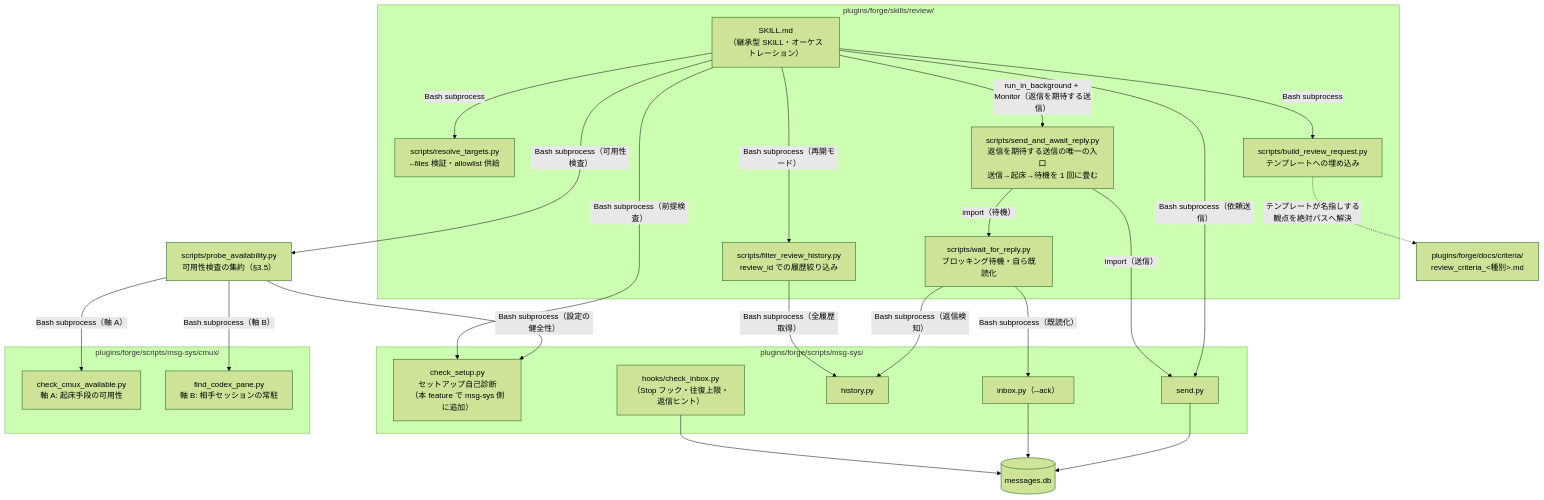
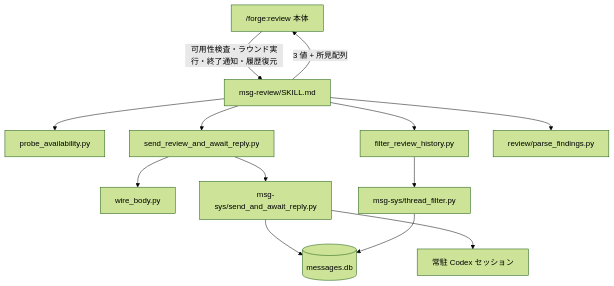
The first of 2 diagrams in docs/specs/msg-review/design/DES-045_msg_review_skill_design.md (BlueEventHorizon/bw-cc-plugins), drawn with Mermaid (forest theme) before and after one commit. The commit also changed other lines of this file and 46 other files, not shown here.

Commit message:
feat(forge): add dependency-free agent review backend

````diff
--- a/docs/specs/msg-review/design/DES-045_msg_review_skill_design.md
+++ b/docs/specs/msg-review/design/DES-045_msg_review_skill_design.md
@@ -26,45 +26,27 @@
 ```mermaid
 flowchart TB
-    subgraph SkillDir["plugins/forge/skills/review/"]
-        Skill["SKILL.md<br/>（継承型 SKILL・オーケストレーション）"]
-        Targets["scripts/resolve_targets.py<br/>--files 検証・allowlist 供給"]
-        Builder["scripts/build_review_request.py<br/>テンプレートへの埋め込み"]
-        Filter["scripts/filter_review_history.py<br/>review_id での履歴絞り込み"]
-        Waiter["scripts/wait_for_reply.py<br/>ブロッキング待機・自ら既読化"]
-        Composite["scripts/send_and_await_reply.py<br/>返信を期待する送信の唯一の入口<br/>送信→起床→待機を 1 回に畳む"]
-    end
-    subgraph MsgSys["plugins/forge/scripts/msg-sys/"]
-        Prereq["check_setup.py<br/>セットアップ自己診断<br/>（本 feature で msg-sys 側に追加）"]
-        Send["send.py"]
-        History["history.py"]
-        Inbox["inbox.py（--ack）"]
-        Hook["hooks/check_inbox.py<br/>（Stop フック・往復上限・返信ヒント）"]
-    end
-    subgraph Cmux["plugins/forge/scripts/msg-sys/cmux/"]
-        WakeAvail["check_cmux_available.py<br/>軸 A: 起床手段の可用性"]
-        FindPane["find_codex_pane.py<br/>軸 B: 相手セッションの常駐"]
-    end
-    Probe["scripts/probe_availability.py<br/>可用性検査の集約（§3.5）"]
-    Criteria["plugins/forge/docs/criteria/<br/>review_criteria_&lt;種別&gt;.md"]
+    Review["/forge:review 本体"]
+    Skill["msg-review/SKILL.md"]
+    Probe["probe_availability.py"]
+    Round["send_review_and_await_reply.py"]
+    Wire["wire_body.py"]
+    Filter["filter_review_history.py"]
+    CommonSend["msg-sys/send_and_await_reply.py"]
+    Parser["review/parse_findings.py"]
+    History["msg-sys/thread_filter.py"]
     DB[("messages.db")]
+    Codex["常駐 Codex セッション"]
 
-    Skill -->|"Bash subprocess（可用性検査）"| Probe
-    Probe -->|"Bash subprocess（軸 A）"| WakeAvail
-    Probe -->|"Bash subprocess（軸 B）"| FindPane
-    Probe -->|"Bash subprocess（設定の健全性）"| Prereq
-    Skill -->|"Bash subprocess（前提検査）"| Prereq
-    Skill -->|"Bash subprocess"| Targets
-    Skill -->|"Bash subprocess"| Builder
-    Skill -->|"Bash subprocess（依頼送信）"| Send
-    Skill -->|"Bash subprocess（再開モード）"| Filter
-    Skill -->|"run_in_background + Monitor（返信を期待する送信）"| Composite
-    Composite -->|"import（送信）"| Send
-    Composite -->|"import（待機）"| Waiter
-    Waiter -->|"Bash subprocess（返信検知）"| History
-    Waiter -->|"Bash subprocess（既読化）"| Inbox
-    Filter -->|"Bash subprocess（全履歴取得）"| History
-    Builder -.->|"テンプレートが名指しする観点を絶対パスへ解決"| Criteria
-    Send --> DB
-    Inbox --> DB
-    Hook --> DB
+    Review -->|"可用性検査・ラウンド実行・終了通知・履歴復元"| Skill
+    Skill --> Probe
+    Skill --> Round
+    Round --> Wire
+    Round --> CommonSend
+    CommonSend --> DB
+    CommonSend --> Codex
+    Skill --> Parser
+    Skill --> Filter
+    Filter --> History
+    History --> DB
+    Skill -->|"3 値 + 所見配列"| Review
 ```
````
